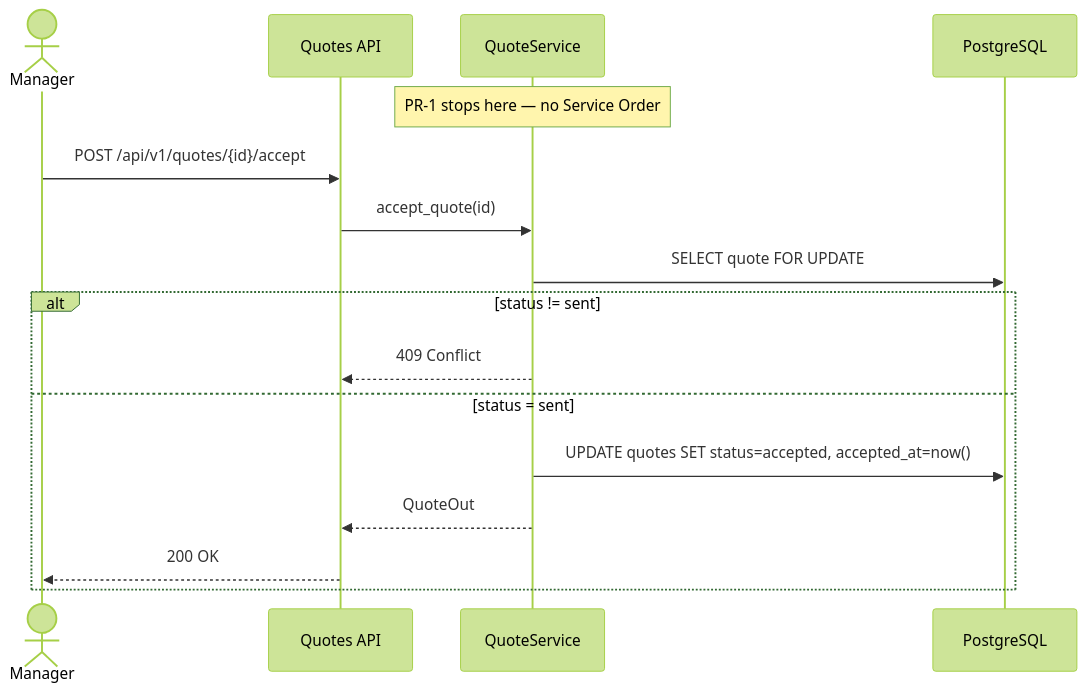
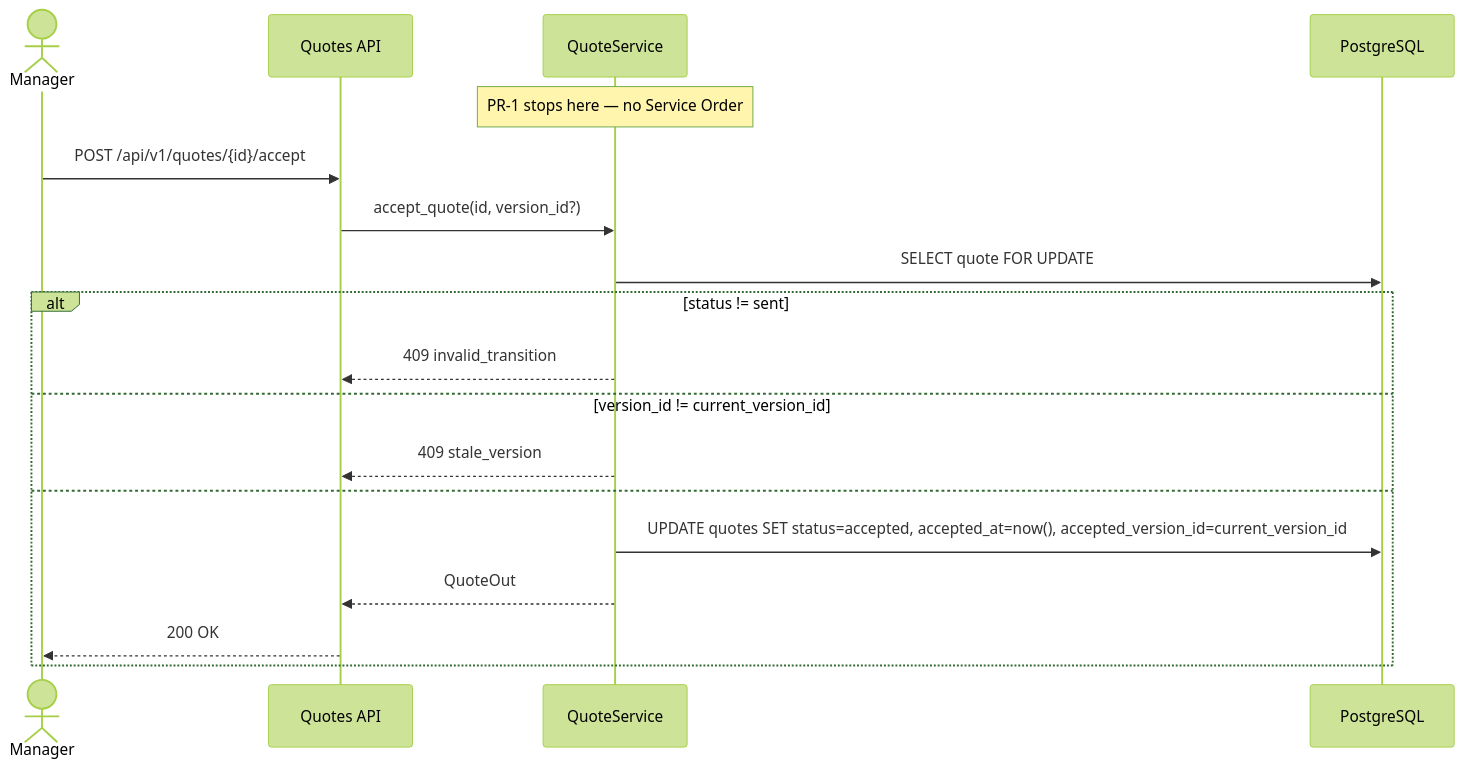
One commit to igortatarynovich/HostFlow changed the third of 5 diagrams in docs/specs/workflows/stage-1b-quote-lifecycle-sequences.md. Above: the diagram before and after it, drawn with Mermaid (forest theme). The commit also changed 4 other files, not shown here.

````diff
--- a/docs/specs/workflows/stage-1b-quote-lifecycle-sequences.md
+++ b/docs/specs/workflows/stage-1b-quote-lifecycle-sequences.md
@@ -58,20 +58,22 @@
 ```mermaid
 sequenceDiagram
     actor M as Manager
     participant API as Quotes API
     participant SVC as QuoteService
     participant DB as PostgreSQL
 
     Note over SVC: PR-1 stops here — no Service Order
 
     M->>API: POST /api/v1/quotes/{id}/accept
-    API->>SVC: accept_quote(id)
+    API->>SVC: accept_quote(id, version_id?)
     SVC->>DB: SELECT quote FOR UPDATE
     alt status != sent
-        SVC-->>API: 409 Conflict
-    else status = sent
-        SVC->>DB: UPDATE quotes SET status=accepted, accepted_at=now()
+        SVC-->>API: 409 invalid_transition
+    else version_id != current_version_id
+        SVC-->>API: 409 stale_version
+    else
+        SVC->>DB: UPDATE quotes SET status=accepted, accepted_at=now(), accepted_version_id=current_version_id
         SVC-->>API: QuoteOut
         API-->>M: 200 OK
     end
 ```
````
